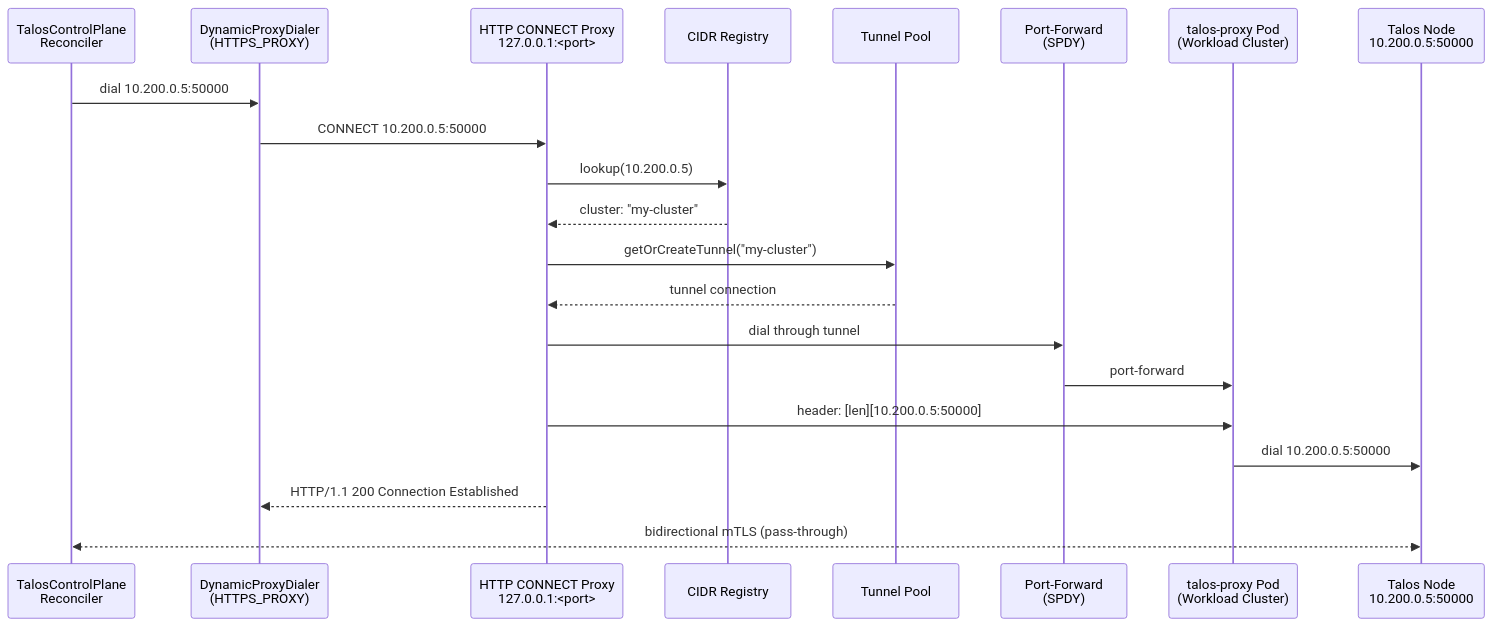
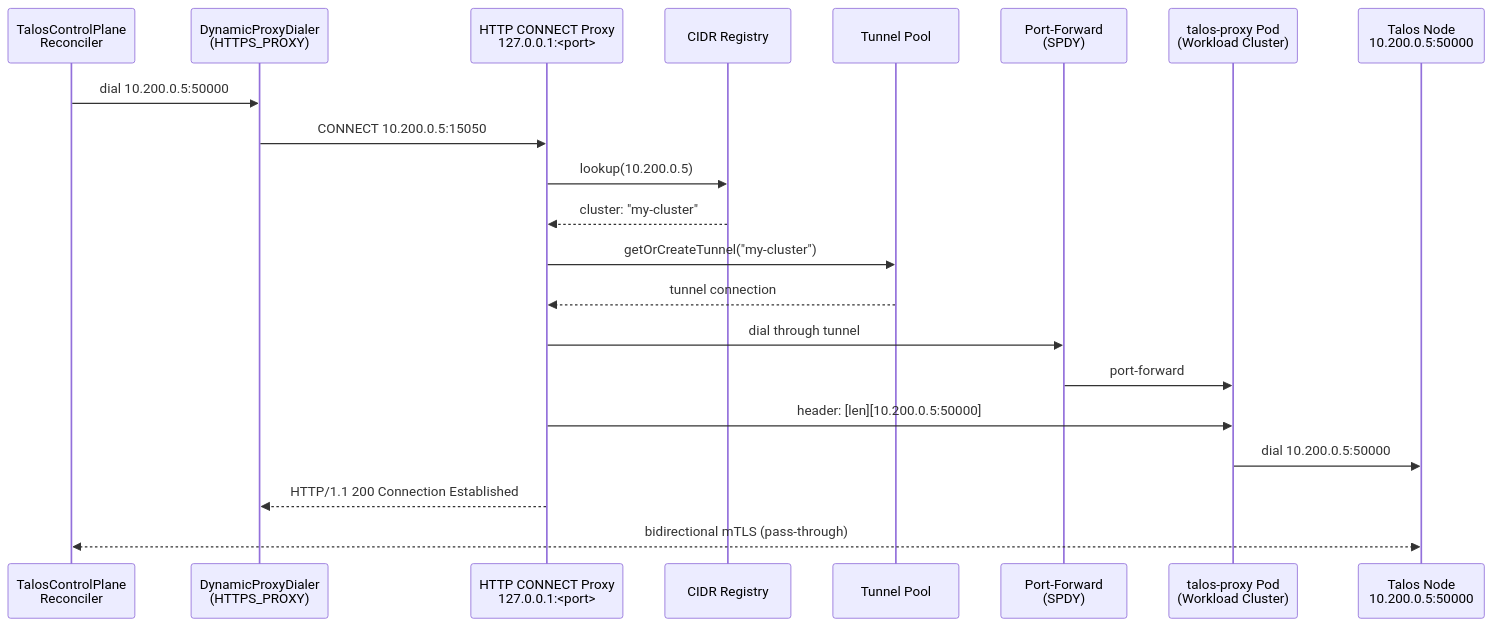
The diagram in pkg/talosproxy/README.md (kommodity-io/kommodity), drawn with Mermaid before and after one commit. The commit also changed other lines of this file and 4 other files, not shown here.

````diff
--- a/pkg/talosproxy/README.md
+++ b/pkg/talosproxy/README.md
@@ -9,24 +9,24 @@
 ```mermaid
 sequenceDiagram
     participant R as TalosControlPlane<br/>Reconciler
     participant D as DynamicProxyDialer<br/>(HTTPS_PROXY)
     participant P as HTTP CONNECT Proxy<br/>127.0.0.1:<port>
     participant CR as CIDR Registry
     participant T as Tunnel Pool
     participant PF as Port-Forward<br/>(SPDY)
     participant TP as talos-proxy Pod<br/>(Workload Cluster)
     participant TN as Talos Node<br/>10.200.0.5:50000
 
     R->>D: dial 10.200.0.5:50000
-    D->>P: CONNECT 10.200.0.5:50000
+    D->>P: CONNECT 10.200.0.5:15050
     P->>CR: lookup(10.200.0.5)
     CR-->>P: cluster: "my-cluster"
     P->>T: getOrCreateTunnel("my-cluster")
     T-->>P: tunnel connection
     P->>PF: dial through tunnel
     PF->>TP: port-forward
     P->>TP: header: [len][10.200.0.5:50000]
     TP->>TN: dial 10.200.0.5:50000
     P-->>D: HTTP/1.1 200 Connection Established
     R<<-->>TN: bidirectional mTLS (pass-through)
 ```
````
